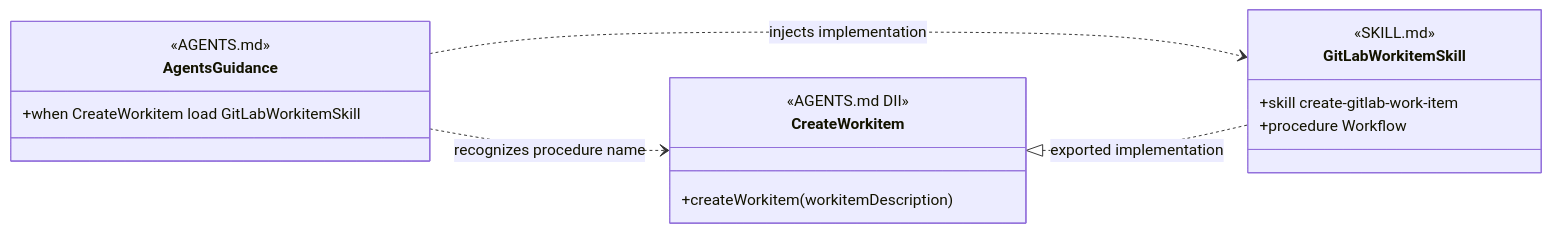
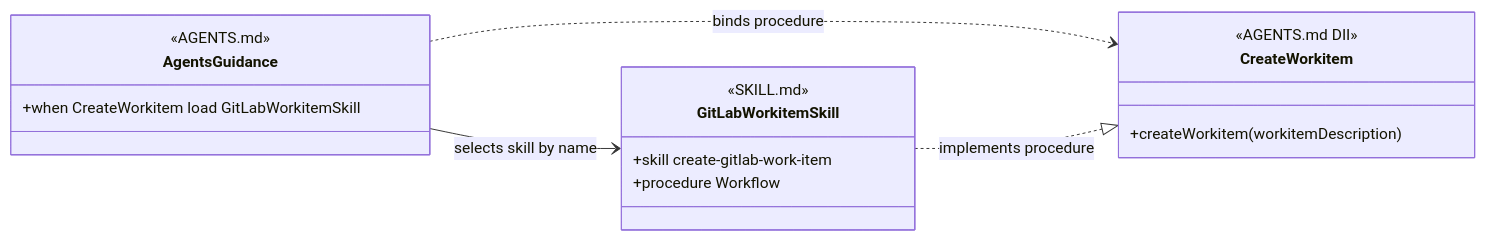
One commit to martinbechard/dev-methodology changed the seventh of 12 diagrams in design/object-oriented-agent-and-skill-model.md. Above: the diagram before and after it, drawn with Mermaid. The commit also changed other lines of this file and 2 other files, not shown here.

Commit message:
Define diagram relationship notation

````diff
--- a/design/object-oriented-agent-and-skill-model.md
+++ b/design/object-oriented-agent-and-skill-model.md
@@ -340,25 +418,25 @@
 ```mermaid
 classDiagram
     direction LR
 
     class CreateWorkitem {
         <<AGENTS.md DII>>
         +createWorkitem(workitemDescription)
     }
 
     class AgentsGuidance {
         <<AGENTS.md>>
         +when CreateWorkitem load GitLabWorkitemSkill
     }
 
     class GitLabWorkitemSkill {
         <<SKILL.md>>
         <<Injectable Skill>>
         +skill create-gitlab-work-item
         +procedure Workflow
     }
 
-    AgentsGuidance ..> CreateWorkitem : recognizes procedure name
-    AgentsGuidance ..> GitLabWorkitemSkill : injects implementation
-    CreateWorkitem <|.. GitLabWorkitemSkill : exported implementation
+    AgentsGuidance ..> CreateWorkitem : binds procedure
+    AgentsGuidance --> GitLabWorkitemSkill : selects skill by name
+    GitLabWorkitemSkill ..|> CreateWorkitem : implements procedure
 ```
````
